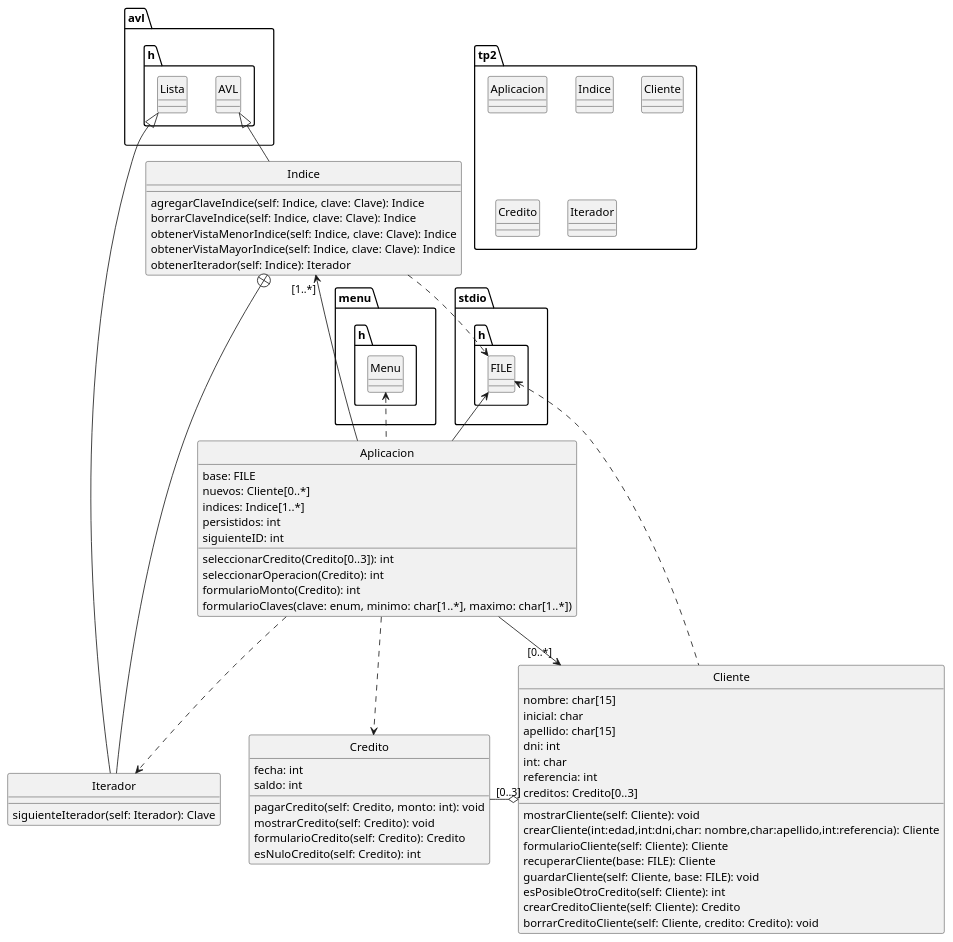
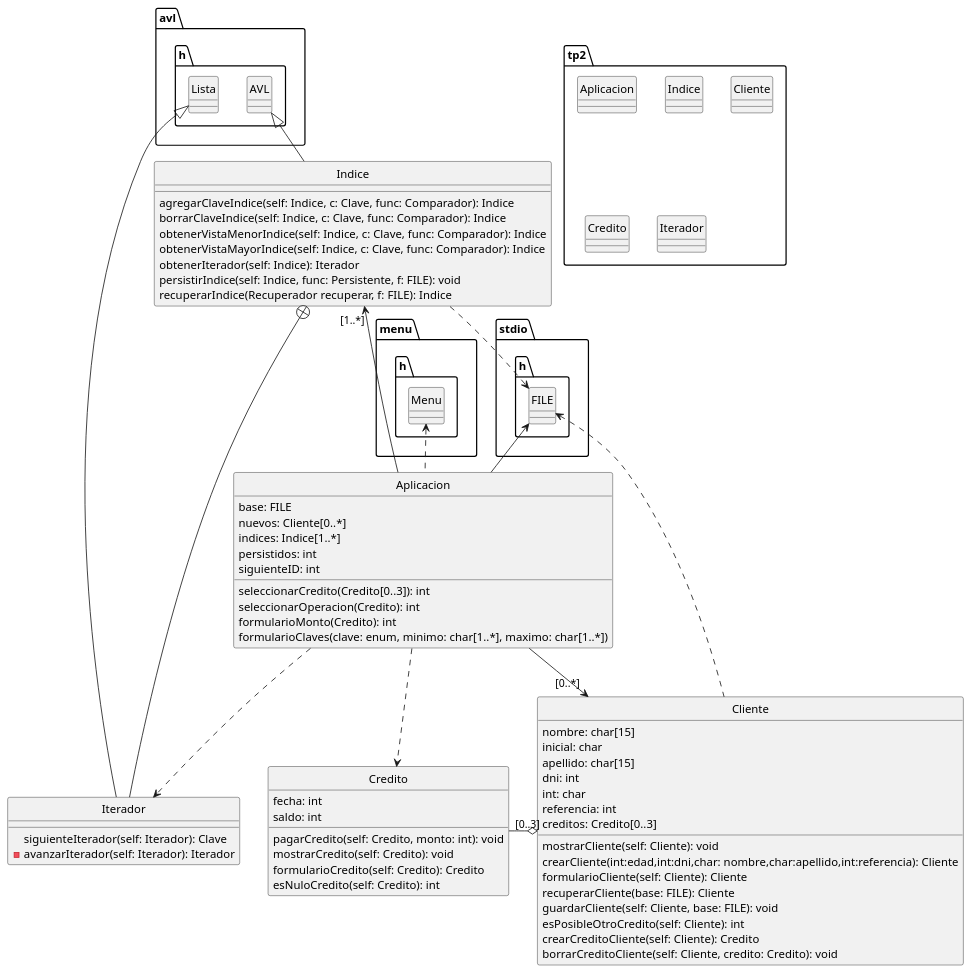
Before and after one commit to HeraclitoDeEfeso/TP-final-parte-2: the diagram in diagrama.puml, drawn with PlantUML.

Commit message:
Indice: UML

```diff
--- a/diagrama.puml
+++ b/diagrama.puml
@@ -1,90 +1,93 @@
 @startuml
 
 package tp2 <<Folder>> {
     class Aplicacion
     class Indice
     class Cliente
     class Credito
     class Iterador
 }
 
 package stdio.h <<Folder>> {
     class FILE
 }
 
 package avl.h <<Folder>> {
     class AVL
     class Lista
 }
 
 package menu.h <<Folder>> {
     class Menu
 }
 
 class Aplicacion {
 	base: FILE
 	nuevos: Cliente[0..*]
 	indices: Indice[1..*]
 	persistidos: int
 	siguienteID: int
 	seleccionarCredito(Credito[0..3]): int
 	seleccionarOperacion(Credito): int
 	formularioMonto(Credito): int
 	formularioClaves(clave: enum, minimo: char[1..*], maximo: char[1..*])
 }
 
 class Cliente {
 	nombre: char[15]
  	inicial: char
 	apellido: char[15]
 	dni: int
 	int: char
 	referencia: int
 	creditos: Credito[0..3]
 	mostrarCliente(self: Cliente): void
 	crearCliente(int:edad,int:dni,char: nombre,char:apellido,int:referencia): Cliente
 	formularioCliente(self: Cliente): Cliente
 	recuperarCliente(base: FILE): Cliente
 	guardarCliente(self: Cliente, base: FILE): void
 	esPosibleOtroCredito(self: Cliente): int
 	crearCreditoCliente(self: Cliente): Credito
 	borrarCreditoCliente(self: Cliente, credito: Credito): void
 }
 
 class Credito {
 	fecha: int
   	saldo: int
 	pagarCredito(self: Credito, monto: int): void
 	mostrarCredito(self: Credito): void
 	formularioCredito(self: Credito): Credito
 	esNuloCredito(self: Credito): int
 }
 
 class Indice {
-    agregarClaveIndice(self: Indice, clave: Clave): Indice
-    borrarClaveIndice(self: Indice, clave: Clave): Indice
-    obtenerVistaMenorIndice(self: Indice, clave: Clave): Indice
-    obtenerVistaMayorIndice(self: Indice, clave: Clave): Indice
+    agregarClaveIndice(self: Indice, c: Clave, func: Comparador): Indice
+    borrarClaveIndice(self: Indice, c: Clave, func: Comparador): Indice
+    obtenerVistaMenorIndice(self: Indice, c: Clave, func: Comparador): Indice
+    obtenerVistaMayorIndice(self: Indice, c: Clave, func: Comparador): Indice
     obtenerIterador(self: Indice): Iterador
+    persistirIndice(self: Indice, func: Persistente, f: FILE): void
+    recuperarIndice(Recuperador recuperar, f: FILE): Indice
 }
 
 class Iterador {
-	siguienteIterador(self: Iterador): Clave
+    siguienteIterador(self: Iterador): Clave
+    -avanzarIterador(self: Iterador): Iterador
 }
 
 Aplicacion .up.> Menu
 Aplicacion -left-> "[1..*]" Indice
 Aplicacion -up-> FILE
 Aplicacion --> "[0..*]" Cliente
 Aplicacion ..> Credito
 Cliente o-left- "[0..3]" Credito
 Cliente .up.> FILE
 Indice ..> FILE
 Indice -up-|> AVL
 Indice +-down- Iterador
 Iterador -up-|> Lista
 Aplicacion ..> Iterador
 
 hide class circle
 
 @enduml
```
